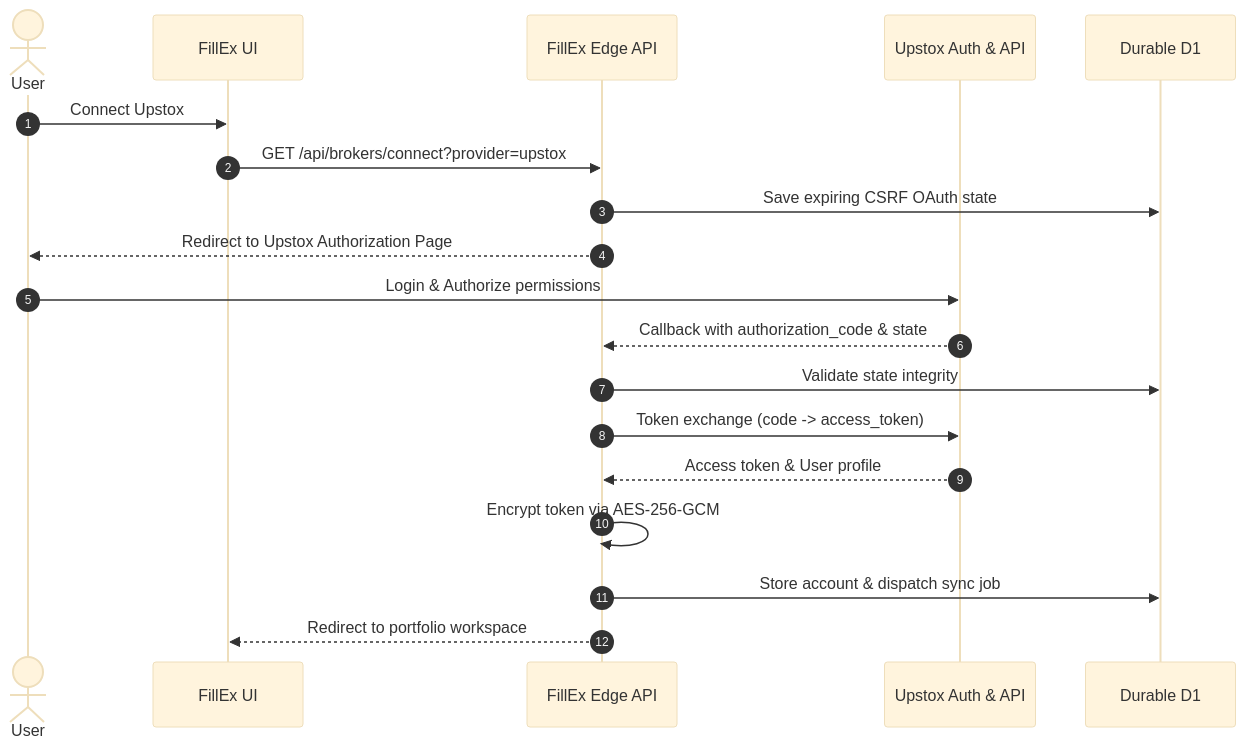
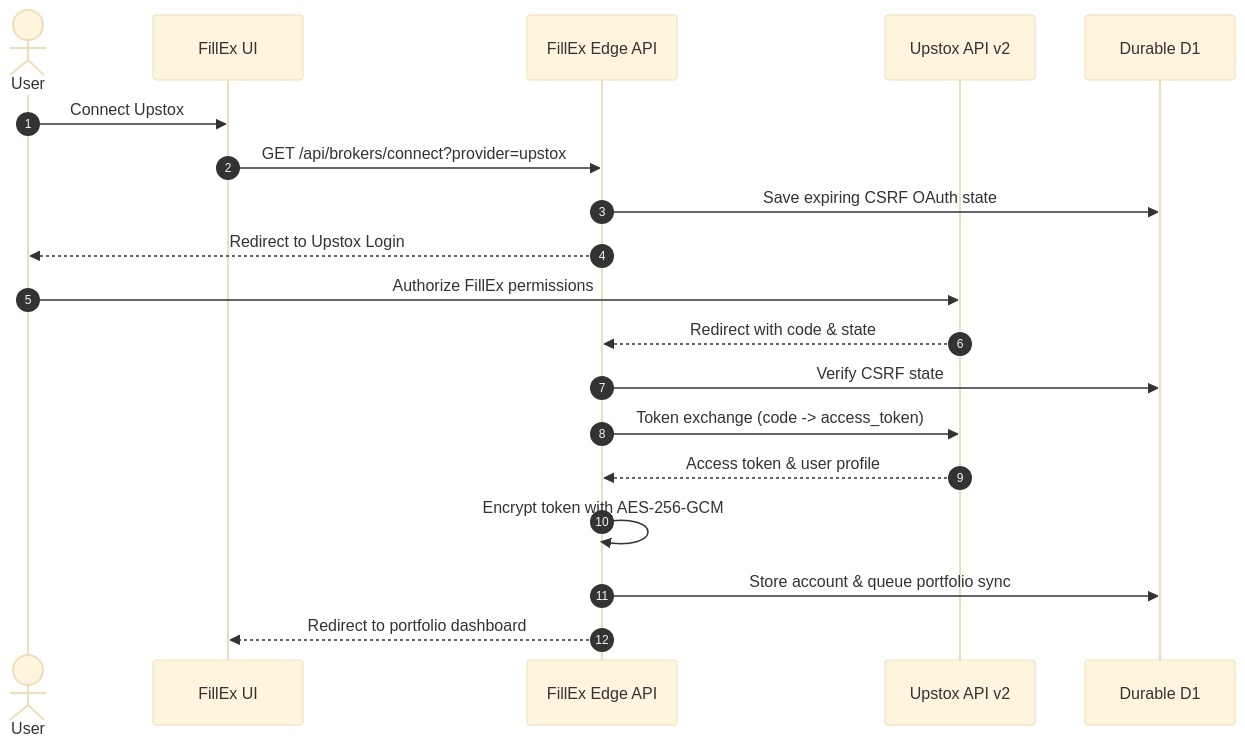
Before and after one commit to abhivardhan20-coder/FillEx: the fifth of 12 diagrams in README.md, drawn with Mermaid (base theme). The commit also changed other lines of this file, not shown here.

````diff
--- a/README.md
+++ b/README.md
@@ -304,22 +354,22 @@
 ```mermaid
 sequenceDiagram
     autonumber
     actor User
     participant App as FillEx UI
     participant Backend as FillEx Edge API
-    participant Upstox as Upstox Auth & API
+    participant Upstox as Upstox API v2
     participant DB as Durable D1
 
     User->>App: Connect Upstox
     App->>Backend: GET /api/brokers/connect?provider=upstox
     Backend->>DB: Save expiring CSRF OAuth state
-    Backend-->>User: Redirect to Upstox Authorization Page
-    User->>Upstox: Login & Authorize permissions
-    Upstox-->>Backend: Callback with authorization_code & state
-    Backend->>DB: Validate state integrity
+    Backend-->>User: Redirect to Upstox Login
+    User->>Upstox: Authorize FillEx permissions
+    Upstox-->>Backend: Redirect with code & state
+    Backend->>DB: Verify CSRF state
     Backend->>Upstox: Token exchange (code -> access_token)
-    Upstox-->>Backend: Access token & User profile
-    Backend->>Backend: Encrypt token via AES-256-GCM
-    Backend->>DB: Store account & dispatch sync job
-    Backend-->>App: Redirect to portfolio workspace
+    Upstox-->>Backend: Access token & user profile
+    Backend->>Backend: Encrypt token with AES-256-GCM
+    Backend->>DB: Store account & queue portfolio sync
+    Backend-->>App: Redirect to portfolio dashboard
 ```
````
